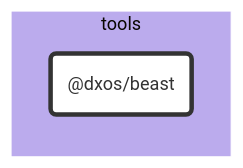
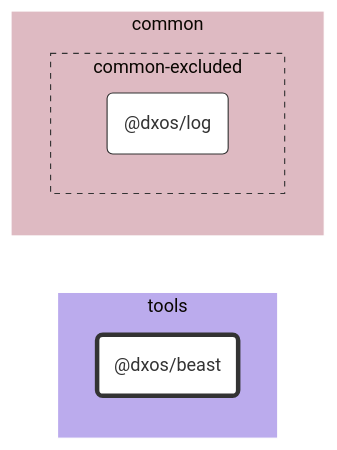
One commit to dxos/dxos changed the diagram in tools/beast/docs/README.md. Above: the diagram before and after it, drawn with Mermaid (base theme). The commit also changed 3 other files, not shown here.

````diff
--- a/tools/beast/docs/README.md
+++ b/tools/beast/docs/README.md
@@ -7,20 +7,30 @@
 ```mermaid
 %%{ init: {'flowchart':{'curve':'basis'}} }%%
 
 flowchart LR
 
 %% Classes
 classDef def fill:#fff,stroke:#333,stroke-width:1px
 classDef root fill:#fff,stroke:#333,stroke-width:4px
 
 %% Nodes
 
 subgraph tools [tools]
   style tools fill:#bbabed,stroke:#fff
   dxos/beast("@dxos/beast"):::root
   click dxos/beast "dxos/dxos/tree/main/tools/beast/docs"
 end
 
+subgraph common [common]
+  style common fill:#debac2,stroke:#fff
+
+  subgraph common-excluded [common-excluded]
+    style common-excluded fill:#debac2,stroke:#333,stroke-dasharray:5 5
+    dxos/log("@dxos/log"):::def
+    click dxos/log "dxos/dxos/tree/main/packages/common/log/docs"
+  end
+end
+
 %% Links
 linkStyle default stroke:#333,stroke-width:1px
 ```
````
